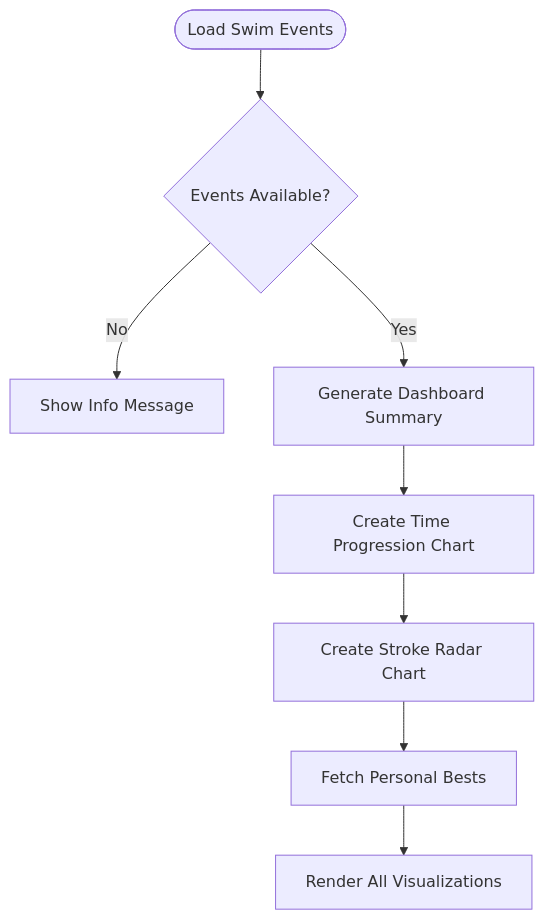
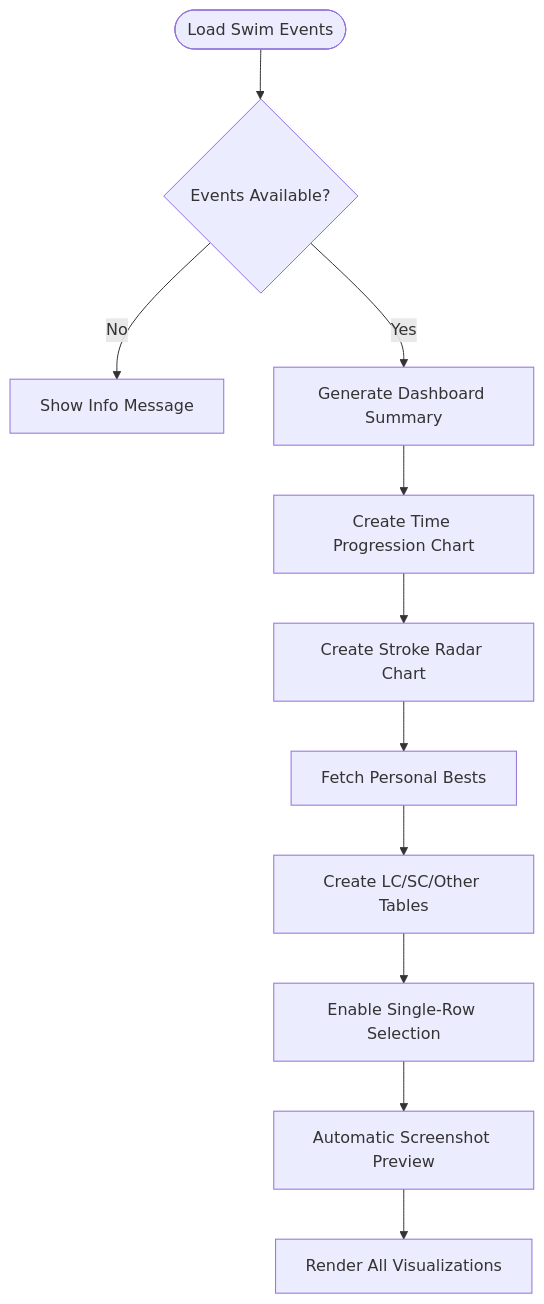
Before and after one commit to Johnny22056/SwimingStatus: the eighth of 13 diagrams in .qoder/repowiki/en/content/Core Components/Application Controller.md, drawn with Mermaid. The commit also changed other lines of this file and 4 other files, not shown here.

First line of the commit message:
feat: UI modernization - dark theme, KPI cards, chart subtitles, table & button styling

````diff
--- a/.qoder/repowiki/en/content/Core Components/Application Controller.md
+++ b/.qoder/repowiki/en/content/Core Components/Application Controller.md
@@ -323,10 +350,13 @@
 ```mermaid
 flowchart TD
 LoadEvents([Load Swim Events]) --> CheckEvents{"Events Available?"}
 CheckEvents --> |No| ShowInfo["Show Info Message"]
 CheckEvents --> |Yes| Summary["Generate Dashboard Summary"]
 Summary --> Progression["Create Time Progression Chart"]
 Progression --> Radar["Create Stroke Radar Chart"]
 Radar --> PersonalBests["Fetch Personal Bests"]
-PersonalBests --> Render["Render All Visualizations"]
+PersonalBests --> PBTables["Create LC/SC/Other Tables"]
+PBTables --> RowSelection["Enable Single-Row Selection"]
+RowSelection --> ScreenshotPreview["Automatic Screenshot Preview"]
+ScreenshotPreview --> Render["Render All Visualizations"]
 ```
````
